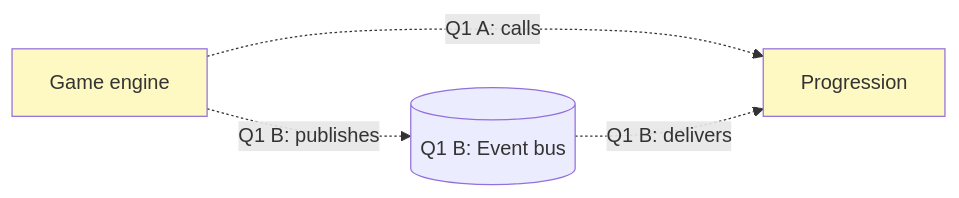
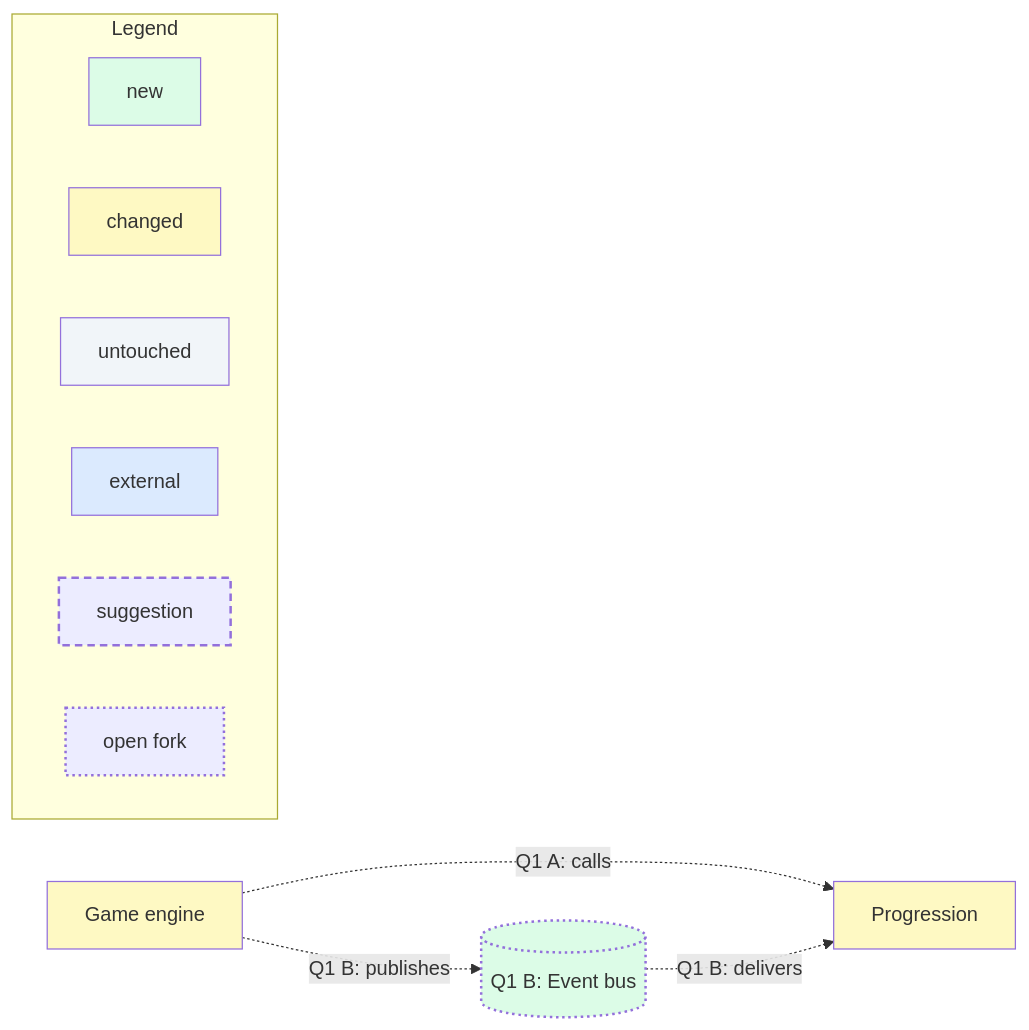
One commit to Silthus/agent-skills changed the diagram in skills/orchestration/architecture/SKILL.md. Above: the diagram before and after it, drawn with Mermaid. The commit also changed other lines of this file and 1 other file, not shown here.

Commit message:
fix(architecture): address review of the living diagram rules
Split class statements so Mermaid styles both marks, keep the change line
in the final reply, define the legend and fills once in the example, and
post later rounds to the ticket.

````diff
--- a/skills/orchestration/architecture/SKILL.md
+++ b/skills/orchestration/architecture/SKILL.md
@@ -58,14 +58,27 @@
 ```mermaid
 flowchart LR
+  subgraph Legend
+    direction LR
+    LNew[new]:::new
+    LChanged[changed]:::changed
+    LUntouched[untouched]:::untouched
+    LExternal[external]:::external
+    LSuggested[suggestion]:::suggested
+    LFork[open fork]:::fork
+  end
   Engine[Game engine]
   Progression[Progression]
   Bus[("Q1 B: Event bus")]
   Engine -. "Q1 A: calls" .-> Progression
   Engine -. "Q1 B: publishes" .-> Bus
   Bus -. "Q1 B: delivers" .-> Progression
+  classDef new fill:#dcfce7
   classDef changed fill:#fef9c3
-  classDef new fill:#dcfce7
-  classDef fork stroke-dasharray:2 3
+  classDef untouched fill:#f1f5f9
+  classDef external fill:#dbeafe
+  classDef suggested stroke-dasharray:6 4,stroke-width:2px
+  classDef fork stroke-dasharray:2 3,stroke-width:2px
   class Engine,Progression changed
-  class Bus new,fork
+  class Bus new
+  class Bus fork
 ```
````
